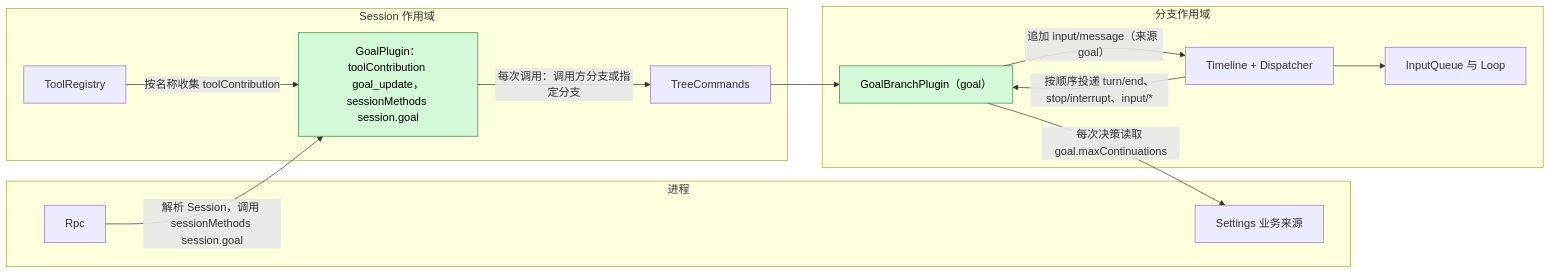
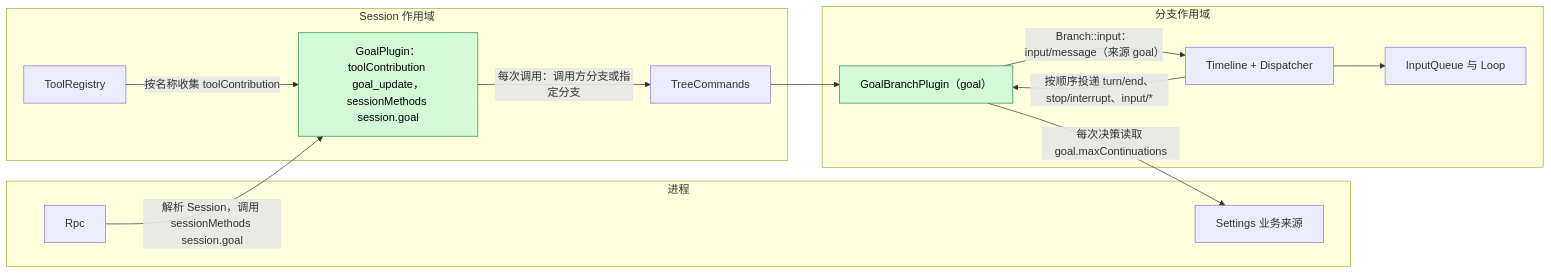
Before and after one commit to CoutinhoTTS/dim-agent: the first of 6 diagrams in docs/zh/design/plugins/Goal.md, drawn with Mermaid. The commit also changed other lines of this file and 42 other files, not shown here.

````diff
--- a/docs/zh/design/plugins/Goal.md
+++ b/docs/zh/design/plugins/Goal.md
@@ -9,26 +9,26 @@
 ```mermaid
 flowchart LR
   subgraph PROC["进程"]
     Rpc["Rpc"]
     Settings["Settings 业务来源"]
   end
   subgraph SESS["Session 作用域"]
     GS["GoalPlugin：toolContribution goal_update，sessionMethods session.goal"]:::new
     TR["ToolRegistry"]
     TC["TreeCommands"]
   end
   subgraph BR["分支作用域"]
     GB["GoalBranchPlugin（goal）"]:::new
     TL["Timeline + Dispatcher"]
     IQ["InputQueue 与 Loop"]
   end
   TR -- "按名称收集 toolContribution" --> GS
   Rpc -- "解析 Session，调用 sessionMethods session.goal" --> GS
   GS -- "每次调用：调用方分支或指定分支" --> TC
   TC --> GB
   TL -- "按顺序投递 turn/end、stop/interrupt、input/*" --> GB
-  GB -- "追加 input/message（来源 goal）" --> TL
+  GB -- "Branch::input：input/message（来源 goal）" --> TL
   GB -- "每次决策读取 goal.maxContinuations" --> Settings
   TL --> IQ
   classDef new fill:#d3f9d8,stroke:#2b8a3e,color:#000
 ```
````
